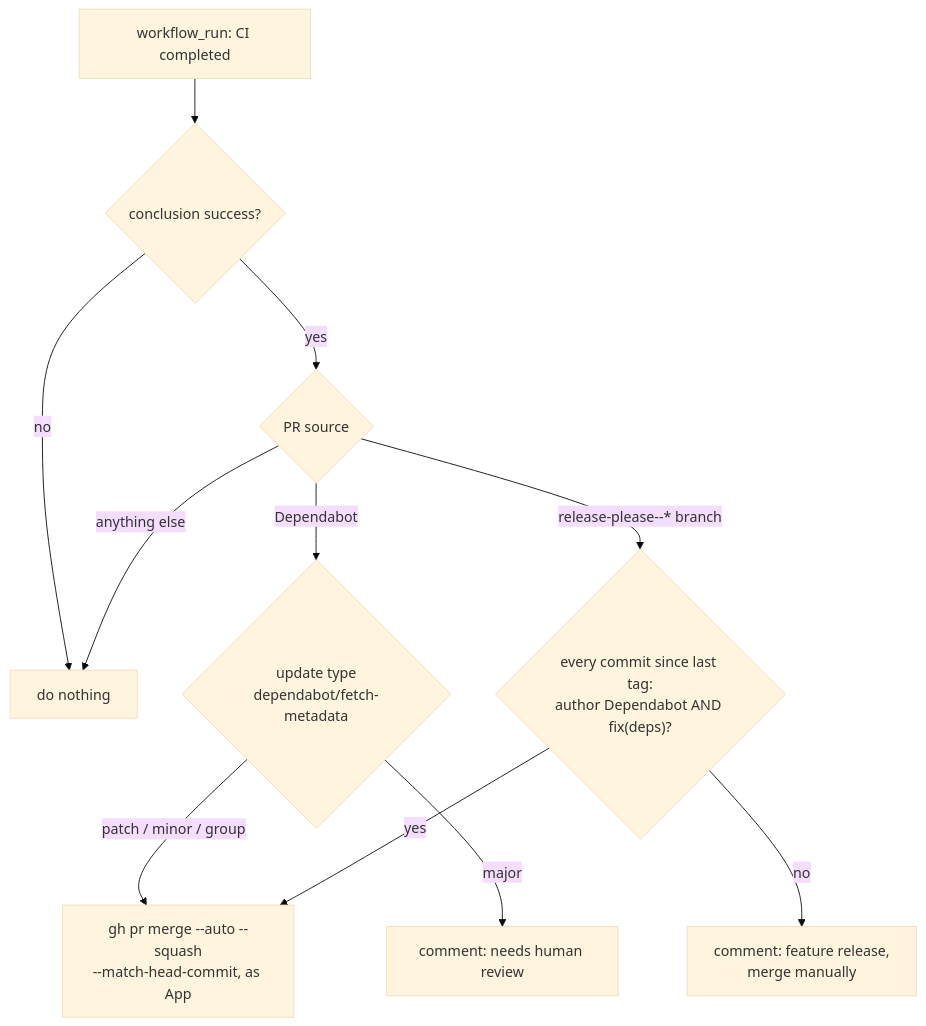
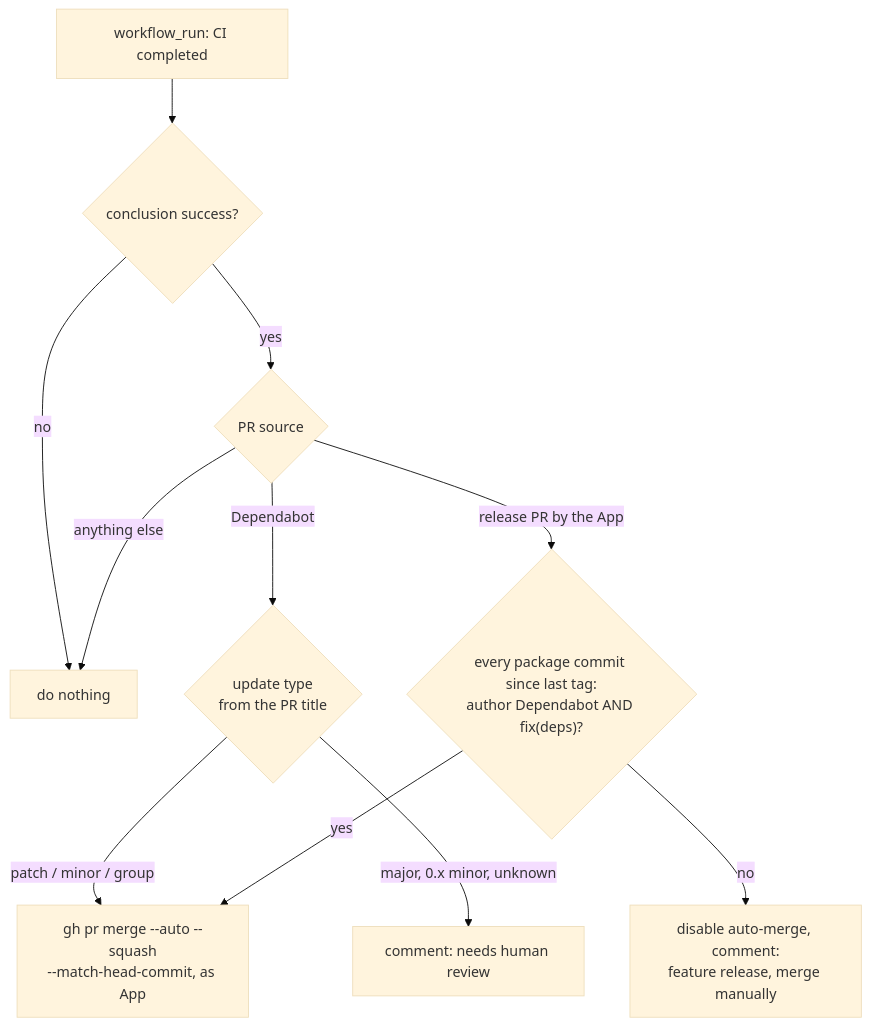
The fourth of 5 diagrams in docs/development.md (SoulcodeAgency/bexio-oauth), drawn with Mermaid (base theme) before and after one commit. The commit also changed other lines of this file and 13 other files, not shown here.

````diff
--- a/docs/development.md
+++ b/docs/development.md
@@ -149,13 +152,13 @@
 ```mermaid
 flowchart TD
     W["workflow_run: CI completed"] --> S{"conclusion success?"}
     S -->|no| Stop["do nothing"]
     S -->|yes| Who{"PR source"}
-    Who -->|Dependabot| U{"update type<br/>dependabot/fetch-metadata"}
+    Who -->|Dependabot| U{"update type<br/>from the PR title"}
     U -->|"patch / minor / group"| AM["gh pr merge --auto --squash<br/>--match-head-commit, as App"]
-    U -->|major| Cm1["comment: needs human review"]
-    Who -->|"release-please--* branch"| RC{"every commit since last tag:<br/>author Dependabot AND fix(deps)?"}
+    U -->|"major, 0.x minor, unknown"| Cm1["comment: needs human review"]
+    Who -->|"release PR by the App"| RC{"every package commit since last tag:<br/>author Dependabot AND fix(deps)?"}
     RC -->|yes| AM
-    RC -->|no| Cm2["comment: feature release,<br/>merge manually"]
+    RC -->|no| Cm2["disable auto-merge, comment:<br/>feature release, merge manually"]
     Who -->|anything else| Stop
 ```
````
